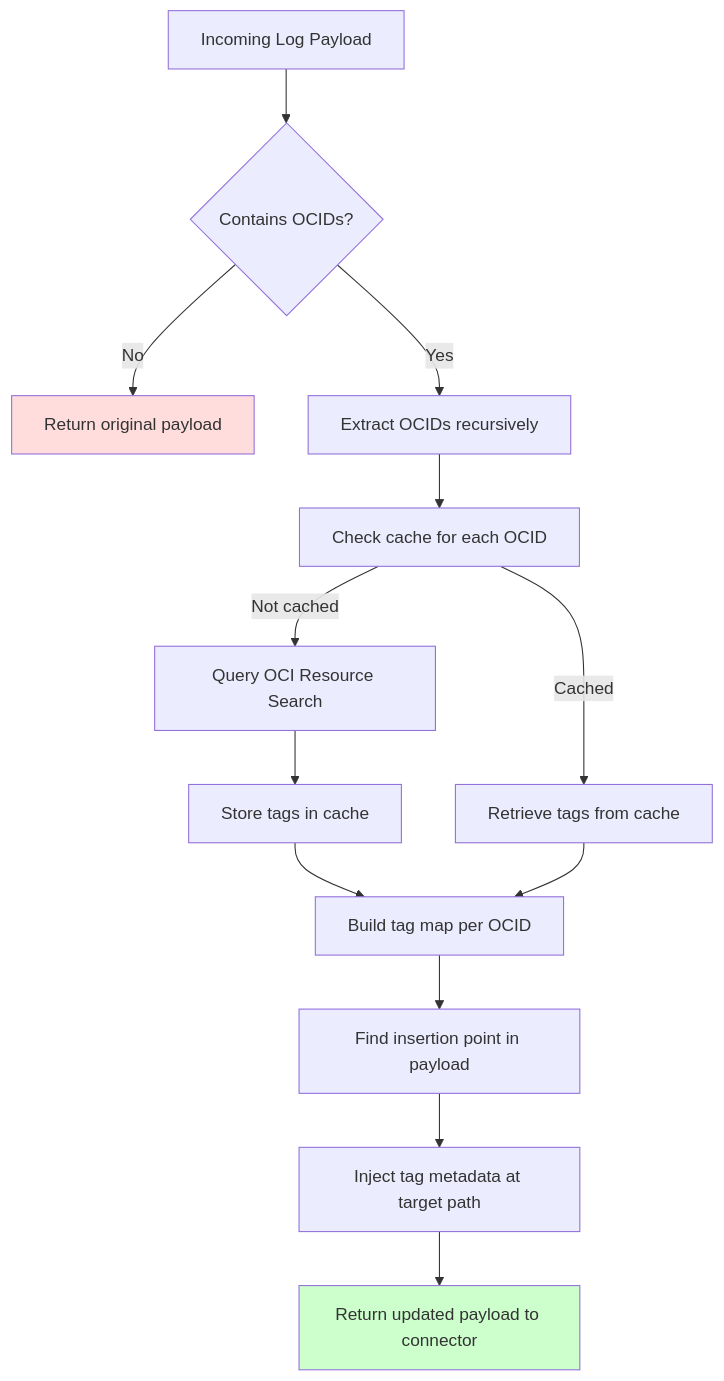
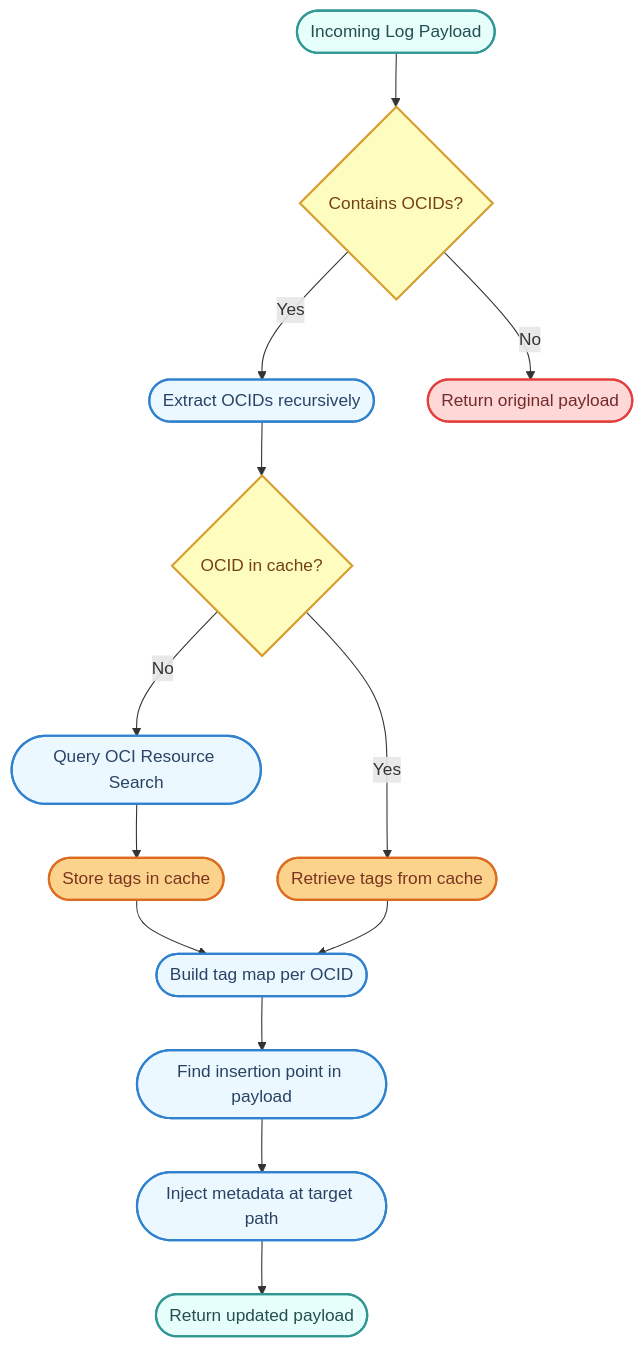
One commit to iblake/oci-log-metadata-injector changed the diagram in README.md. Above: the diagram before and after it, drawn with Mermaid.

`````diff
--- a/README.md
+++ b/README.md
@@ -210,17 +210,37 @@
 ```mermaid
 flowchart TD
-    A[Incoming Log Payload] --> B{Contains OCIDs?}
-    B -- No --> Z[Return original payload]
-    B -- Yes --> C[Extract OCIDs recursively]
-    C --> D[Check cache for each OCID]
-    D -- Not cached --> E[Query OCI Resource Search]
-    E --> F[Store tags in cache]
-    D -- Cached --> G[Retrieve tags from cache]
-    F --> H[Build tag map per OCID]
+    %% Class Definitions
+    classDef startEnd fill:#e6fffa,stroke:#319795,stroke-width:2px,color:#234e52
+    classDef decision fill:#fefcbf,stroke:#d69e2e,stroke-width:2px,color:#744210
+    classDef process fill:#ebf8ff,stroke:#3182ce,stroke-width:2px,color:#2a4365
+    classDef data fill:#fbd38d,stroke:#dd6b20,stroke-width:2px,color:#7b341e
+    classDef fail fill:#fed7d7,stroke:#e53e3e,stroke-width:2px,color:#742a2a
+
+    %% Nodes
+    A([Incoming Log Payload]):::startEnd
+    B{Contains OCIDs?}:::decision
+    C([Extract OCIDs recursively]):::process
+    D{OCID in cache?}:::decision
+    E([Query OCI Resource Search]):::process
+    F([Store tags in cache]):::data
+    G([Retrieve tags from cache]):::data
+    H([Build tag map per OCID]):::process
+    I([Find insertion point in payload]):::process
+    J([Inject metadata at target path]):::process
+    K([Return updated payload]):::startEnd
+    Z([Return original payload]):::fail
+
+    %% Flow
+    A --> B
+    B -- No --> Z
+    B -- Yes --> C
+    C --> D
+    D -- No --> E
+    E --> F
+    D -- Yes --> G
+    F --> H
     G --> H
-    H --> I[Find insertion point in payload]
-    I --> J[Inject tag metadata at target path]
-    J --> K[Return updated payload to connector]
-    style Z fill:#fdd
-    style K fill:#cfc
+    H --> I
+    I --> J
+    J --> K
 ````
`````
